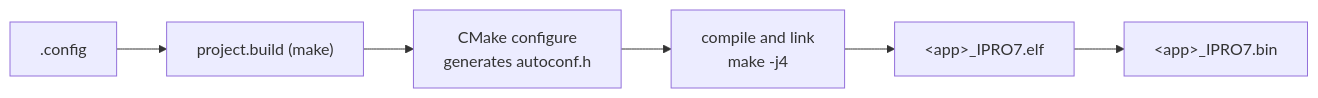
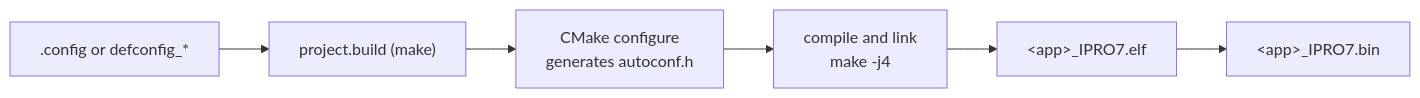
Before and after one commit to INTELPRO-INC/ipro-sdk-docs: the diagram in docs/en/guides/build-system.md, drawn with Mermaid. The commit also changed other lines of this file and 182 other files, not shown here.

````diff
--- a/docs/en/guides/build-system.md
+++ b/docs/en/guides/build-system.md
@@ -25,8 +26,8 @@
 ```mermaid
 flowchart LR
-  A[".config"] --> B["project.build (make)"]
+  A[".config or defconfig_*"] --> B["project.build (make)"]
   B --> C["CMake configure<br/>generates autoconf.h"]
   C --> D["compile and link<br/>make -j4"]
   D --> E["&lt;app&gt;_IPRO7.elf"]
   E --> F["&lt;app&gt;_IPRO7.bin"]
 ```
````
